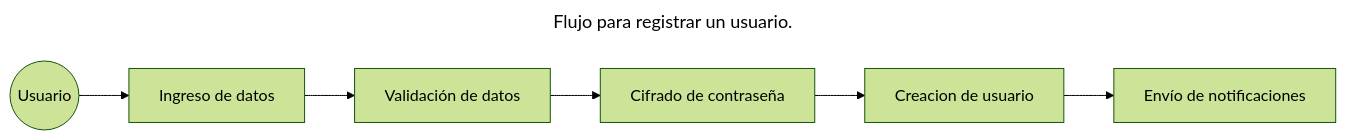
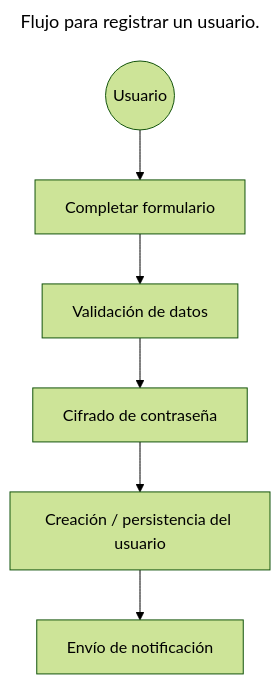
One commit to urrestarazu-alejandro/memo-backend changed the first of 3 diagrams in pages/draft/post-draft.md. Above: the diagram before and after it, drawn with Mermaid (forest theme). The commit also changed other lines of this file and 13 other files, not shown here.

````diff
--- a/pages/draft/post-draft.md
+++ b/pages/draft/post-draft.md
@@ -101,11 +89,11 @@
 ```mermaid
 ---
 title: Flujo para registrar un usuario.
 ---
-flowchart LR
-    A((Usuario)) --> B[Ingreso de datos]
+flowchart TD
+    A((Usuario)) --> B[Completar formulario]
     B --> C[Validación de datos]
     C --> D[Cifrado de contraseña]
-    D --> E[Creacion de usuario]
-    E --> F[Envío de notificaciones]
+    D --> E[Creación / persistencia del usuario]
+    E --> F[Envío de notificación]
 ```
````
